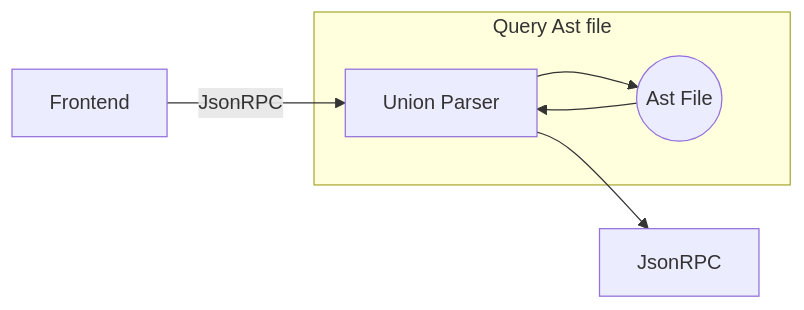
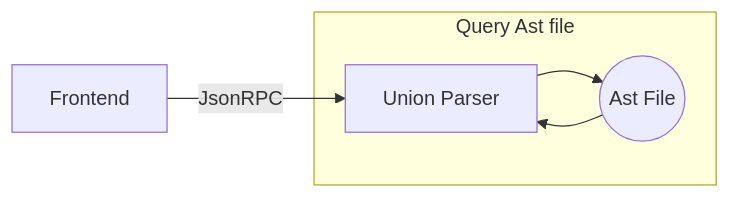
Before and after one commit to FunningC0217/UnionParser: the fifth of 5 diagrams in README.md, drawn with Mermaid. The commit also changed other lines of this file, not shown here.

````diff
--- a/README.md
+++ b/README.md
@@ -51,7 +51,7 @@
 ```mermaid
 graph LR;
-A[Frontend]--JsonRPC-->UP[Union Parser]-->J[JsonRPC]
+A[Frontend]--JsonRPC-->UP[Union Parser]
 subgraph Query Ast file
 UP-->AST((Ast File))-->UP
 end
 ```
````
